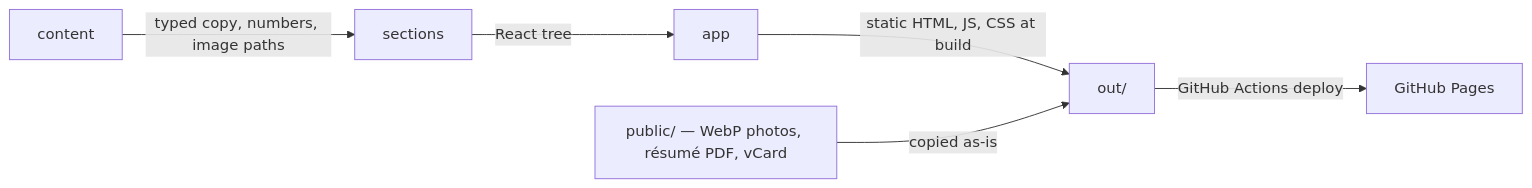
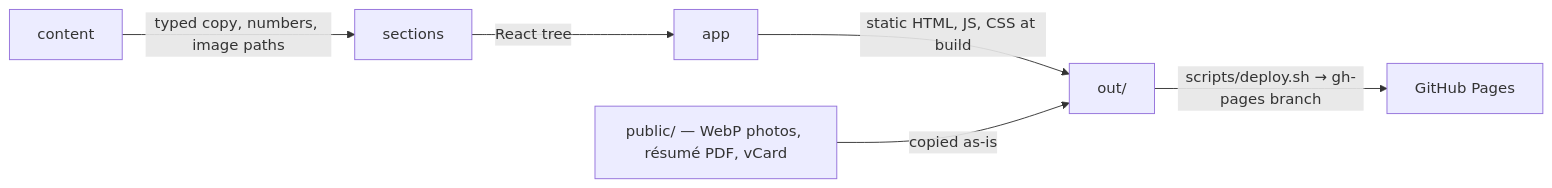
One commit to hoaqbui/hoaqbui.github.io changed the second of 2 diagrams in ARCHITECTURE.md. Above: the diagram before and after it, drawn with Mermaid. The commit also changed 3 other files, not shown here.

First line of the commit message:
Deploy without GitHub Actions: scripts/deploy.sh publishes out/ to gh-pages (user, 2026-10-23)

````diff
--- a/ARCHITECTURE.md
+++ b/ARCHITECTURE.md
@@ -64,8 +64,8 @@
 ```mermaid
 flowchart LR
     content -->|typed copy, numbers, image paths| sections
     sections -->|React tree| app
     app -->|static HTML, JS, CSS at build| out[out/]
     public[public/ — WebP photos, résumé PDF, vCard] -->|copied as-is| out
-    out -->|GitHub Actions deploy| pages[GitHub Pages]
+    out -->|scripts/deploy.sh → gh-pages branch| pages[GitHub Pages]
 ```
````
